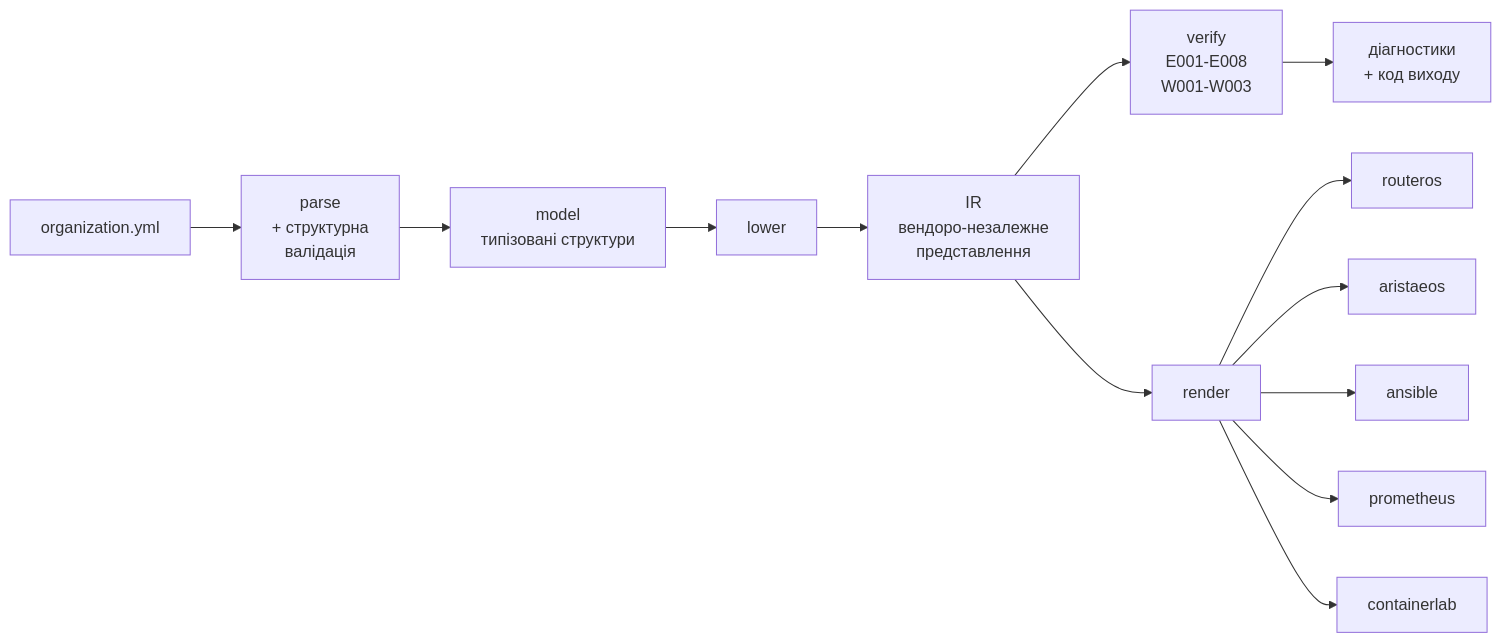
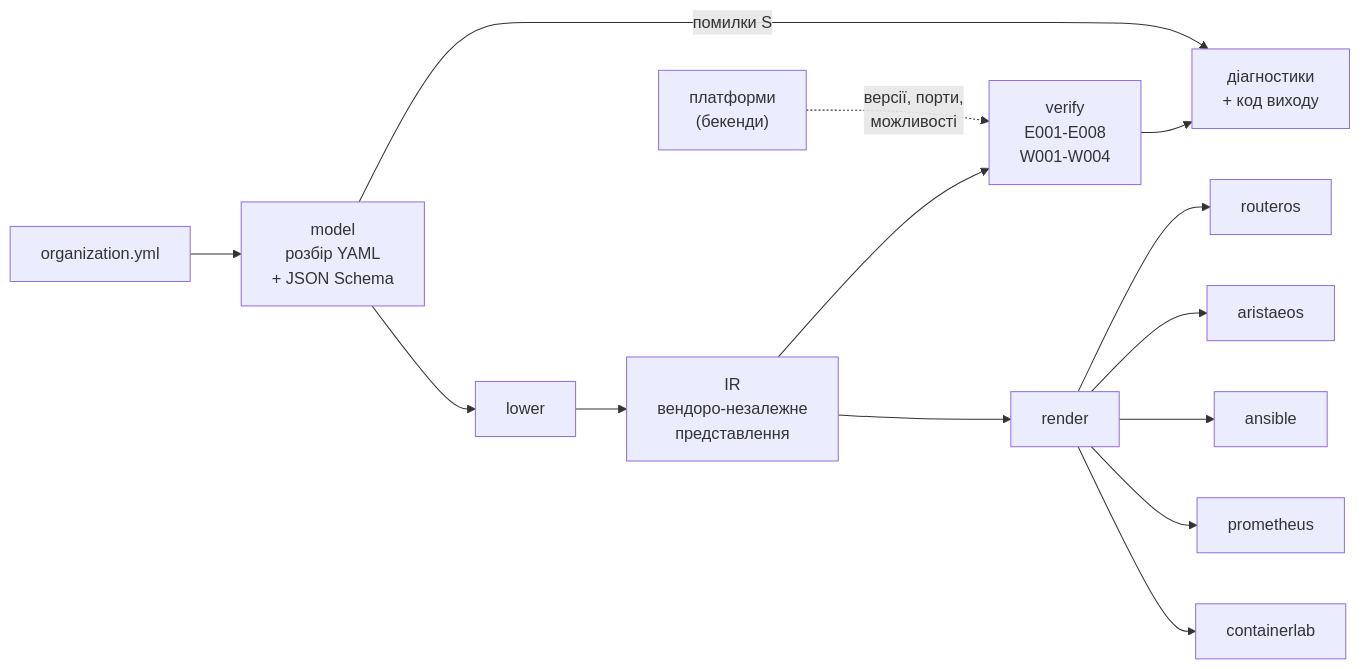
The first of 2 diagrams in docs/ARCHITECTURE.md (Illiathebest/orgc), drawn with Mermaid before and after one commit. The commit also changed other lines of this file, not shown here.

````diff
--- a/docs/ARCHITECTURE.md
+++ b/docs/ARCHITECTURE.md
@@ -19,15 +21,16 @@
 ```mermaid
 flowchart LR
-    YML["organization.yml"] --> P["parse<br/>+ структурна<br/>валідація"]
-    P --> M["model<br/>типізовані структури"]
+    YML["organization.yml"] --> M["model<br/>розбір YAML<br/>+ JSON Schema"]
+    M -->|"помилки S"| D["діагностики<br/>+ код виходу"]
     M --> L["lower"]
     L --> IR["IR<br/>вендоро-незалежне<br/>представлення"]
-    IR --> V["verify<br/>E001-E008<br/>W001-W003"]
+    IR --> V["verify<br/>E001-E008<br/>W001-W004"]
+    PL["платформи<br/>(бекенди)"] -.->|"версії, порти,<br/>можливості"| V
+    V --> D
     IR --> R["render"]
-    V --> D["діагностики<br/>+ код виходу"]
     R --> B1["routeros"]
     R --> B2["aristaeos"]
     R --> B3["ansible"]
     R --> B4["prometheus"]
     R --> B5["containerlab"]
 ```
````
